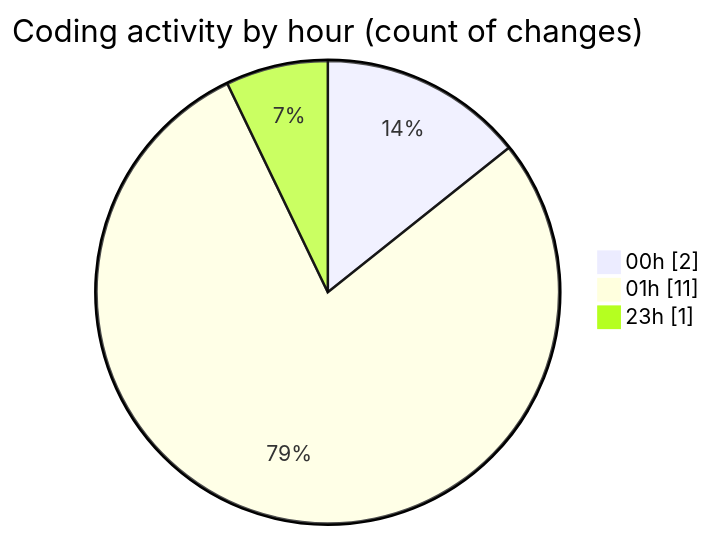
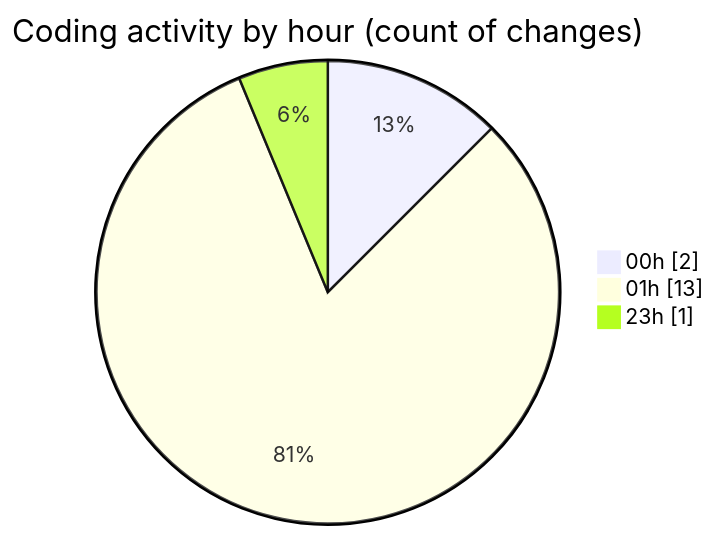
Before and after one commit to lephambinh05/code-tracking: the second of 2 diagrams in 2025-07-19/nhahang/README.md, drawn with Mermaid. The commit also changed other lines of this file and 1 other file, not shown here.

````diff
--- a/2025-07-19/nhahang/README.md
+++ b/2025-07-19/nhahang/README.md
@@ -37,7 +38,7 @@
 ```mermaid
 pie showData
 title Coding activity by hour (count of changes)
 "00h" : 2
-"01h" : 11
+"01h" : 13
 "23h" : 1
 ```
````
